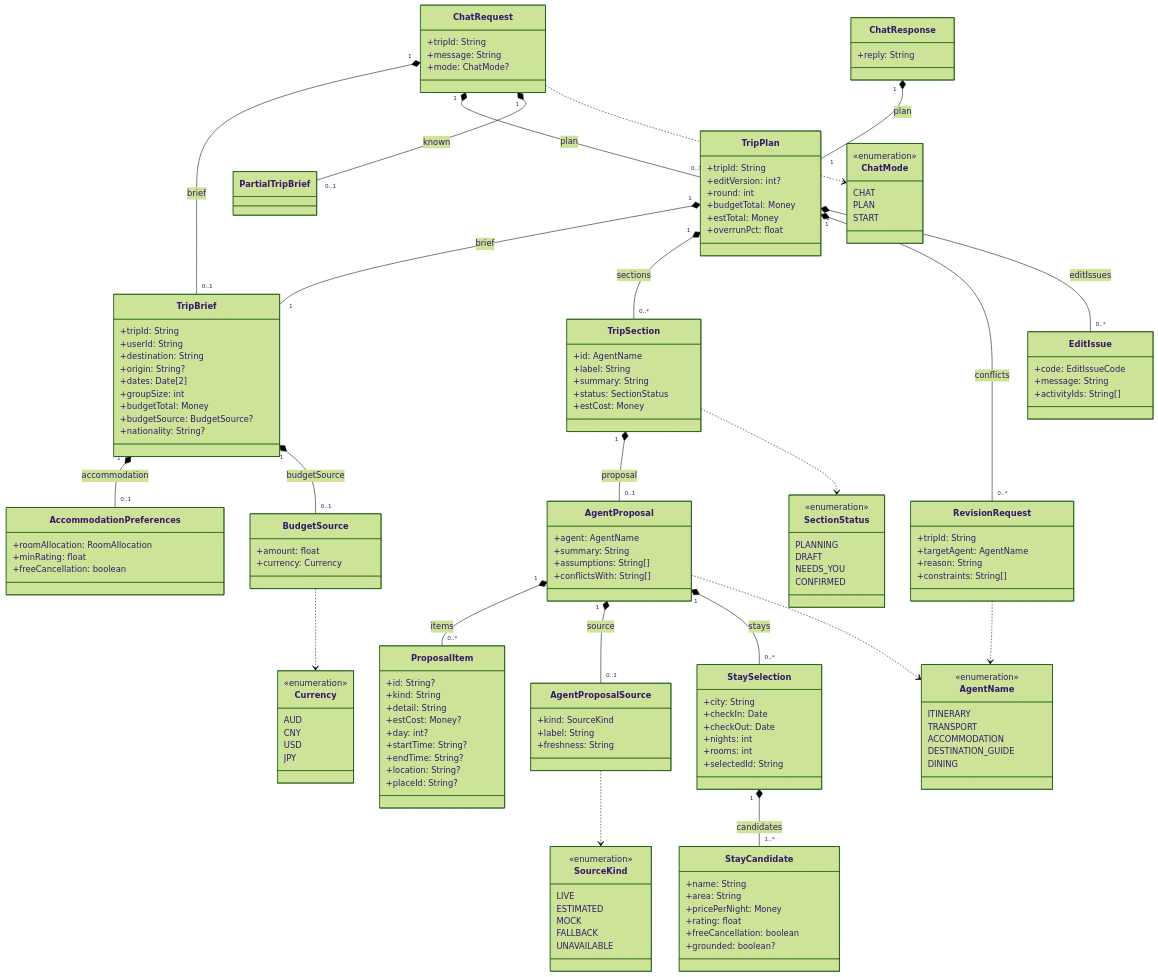
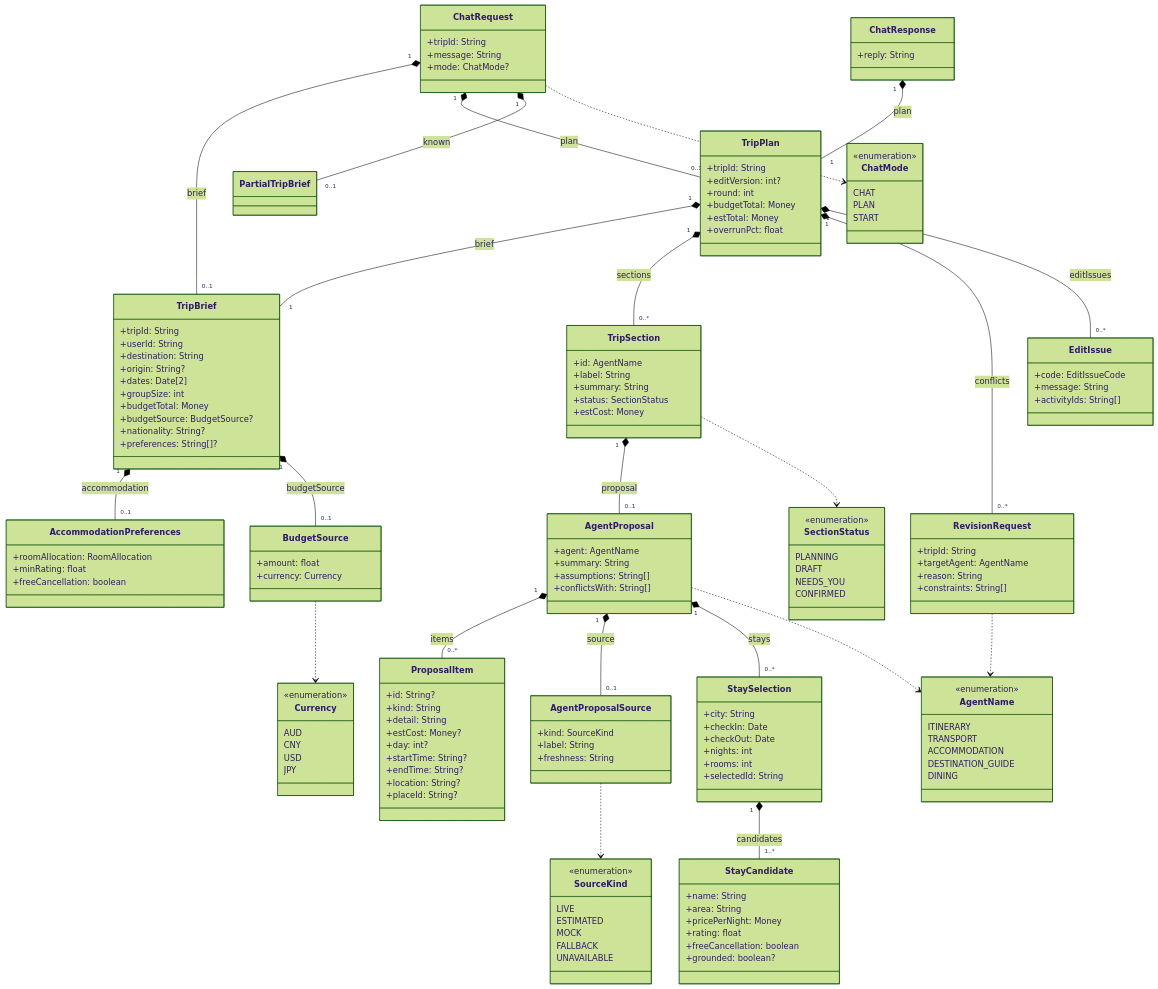
Before and after one commit to HeadmasterEggy/AI_TRIP_PLANNER: the second of 5 diagrams in docs/design/class-diagram.md, drawn with Mermaid (forest theme). The commit also changed 39 other files, not shown here.

```diff
--- a/docs/design/class-diagram.md
+++ b/docs/design/class-diagram.md
@@ -154,6 +154,7 @@
     +budgetTotal: Money
     +budgetSource: BudgetSource?
     +nationality: String?
+    +preferences: String[]?
   }
   class AccommodationPreferences {
     +roomAllocation: RoomAllocation
```
